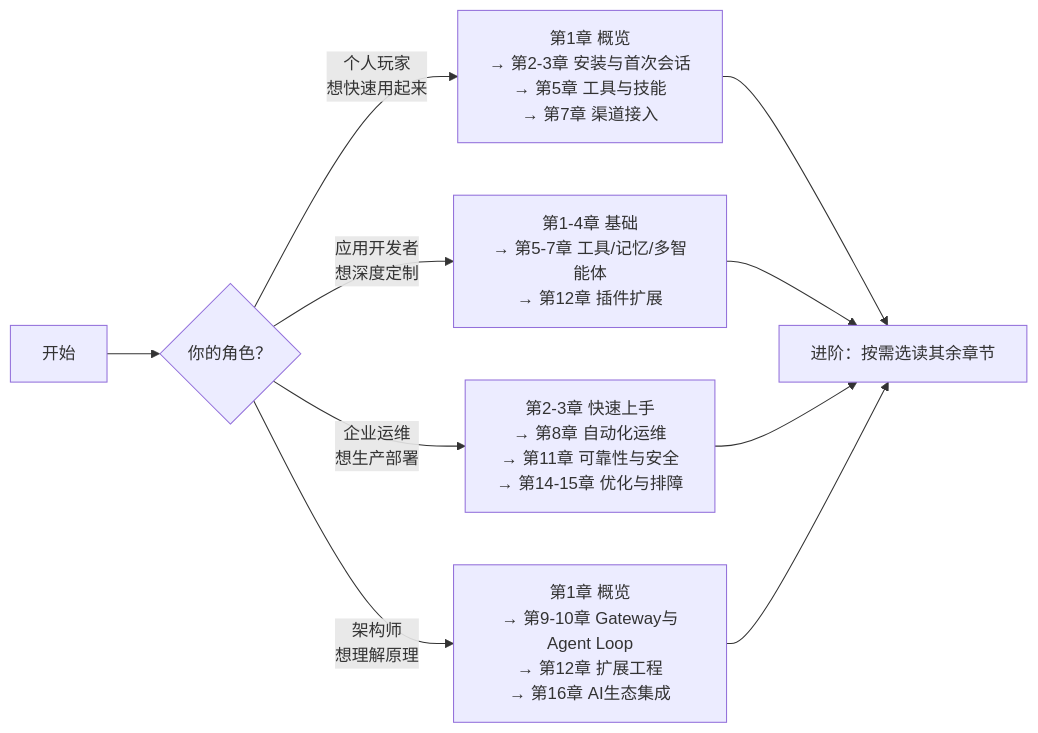
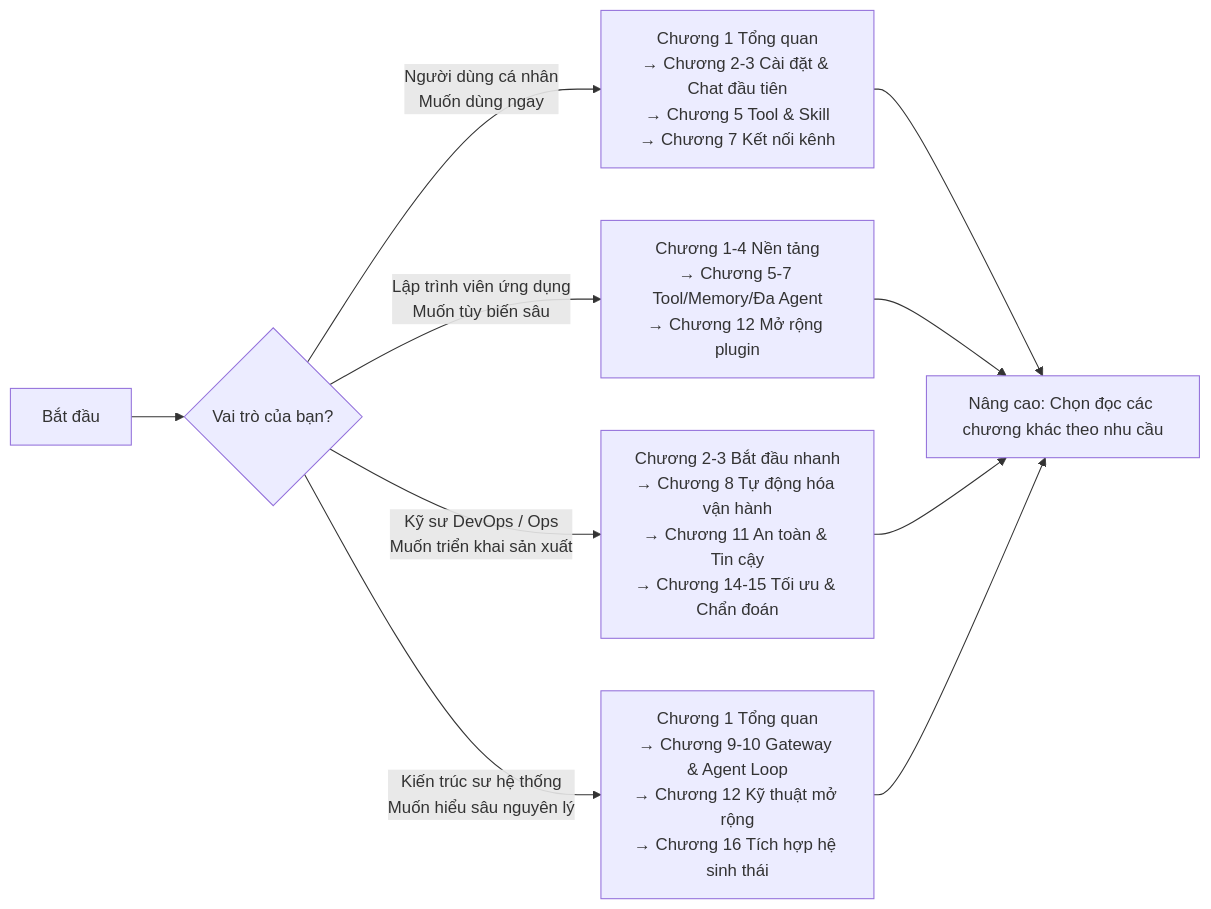
One commit to dino-edu/openclaw_guide changed the diagram in README.md. Above: the diagram before and after it, drawn with Mermaid. The commit also changed other lines of this file and 8 other files, not shown here.

Commit message:
chore(i18n): thiết lập nền tảng cấu hình và mục lục tiếng Việt

````diff
--- a/README.md
+++ b/README.md
@@ -76,12 +76,12 @@
 ```mermaid
 graph LR
-    START["开始"] --> Q{"你的角色？"}
-    Q -->|"个人玩家<br/>想快速用起来"| P1["第1章 概览<br/>→ 第2-3章 安装与首次会话<br/>→ 第5章 工具与技能<br/>→ 第7章 渠道接入"]
-    Q -->|"应用开发者<br/>想深度定制"| P2["第1-4章 基础<br/>→ 第5-7章 工具/记忆/多智能体<br/>→ 第12章 插件扩展"]
-    Q -->|"企业运维<br/>想生产部署"| P3["第2-3章 快速上手<br/>→ 第8章 自动化运维<br/>→ 第11章 可靠性与安全<br/>→ 第14-15章 优化与排障"]
-    Q -->|"架构师<br/>想理解原理"| P4["第1章 概览<br/>→ 第9-10章 Gateway与Agent Loop<br/>→ 第12章 扩展工程<br/>→ 第16章 AI生态集成"]
-    P1 --> ADV["进阶：按需选读其余章节"]
+    START["Bắt đầu"] --> Q{"Vai trò của bạn?"}
+    Q -->|"Người dùng cá nhân<br/>Muốn dùng ngay"| P1["Chương 1 Tổng quan<br/>→ Chương 2-3 Cài đặt & Chat đầu tiên<br/>→ Chương 5 Tool & Skill<br/>→ Chương 7 Kết nối kênh"]
+    Q -->|"Lập trình viên ứng dụng<br/>Muốn tùy biến sâu"| P2["Chương 1-4 Nền tảng<br/>→ Chương 5-7 Tool/Memory/Đa Agent<br/>→ Chương 12 Mở rộng plugin"]
+    Q -->|"Kỹ sư DevOps / Ops<br/>Muốn triển khai sản xuất"| P3["Chương 2-3 Bắt đầu nhanh<br/>→ Chương 8 Tự động hóa vận hành<br/>→ Chương 11 An toàn & Tin cậy<br/>→ Chương 14-15 Tối ưu & Chẩn đoán"]
+    Q -->|"Kiến trúc sư hệ thống<br/>Muốn hiểu sâu nguyên lý"| P4["Chương 1 Tổng quan<br/>→ Chương 9-10 Gateway & Agent Loop<br/>→ Chương 12 Kỹ thuật mở rộng<br/>→ Chương 16 Tích hợp hệ sinh thái"]
+    P1 --> ADV["Nâng cao: Chọn đọc các chương khác theo nhu cầu"]
     P2 --> ADV
     P3 --> ADV
     P4 --> ADV
 ```
````
